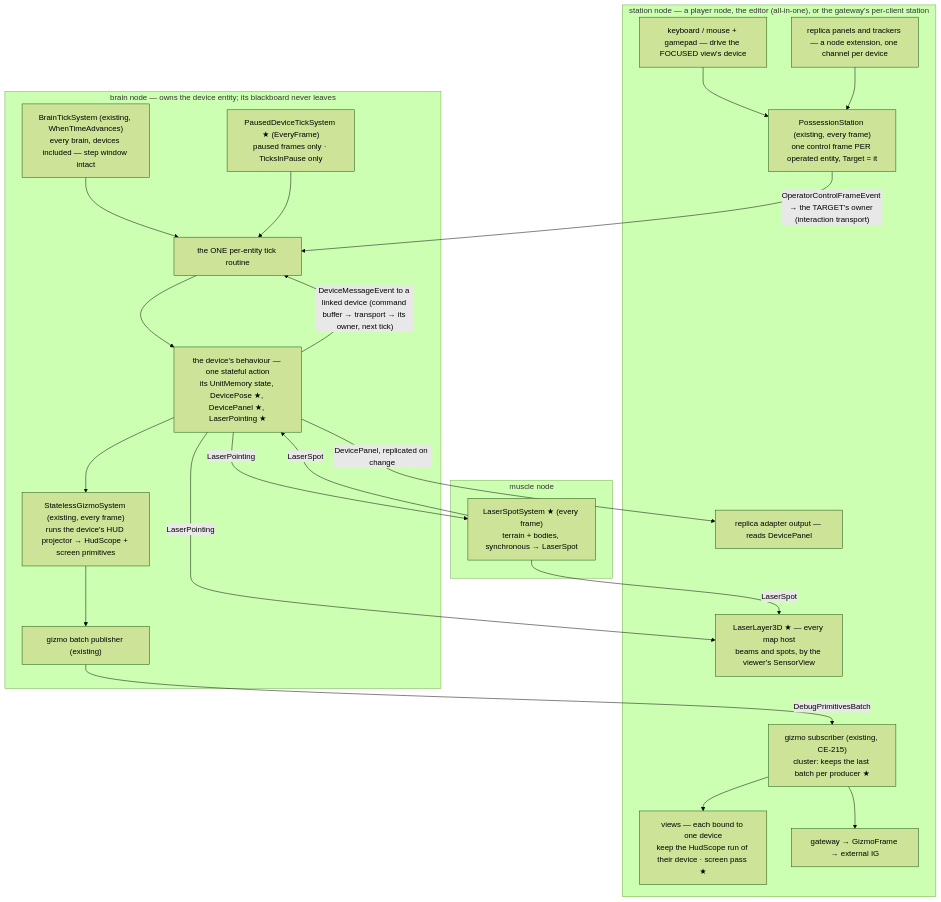
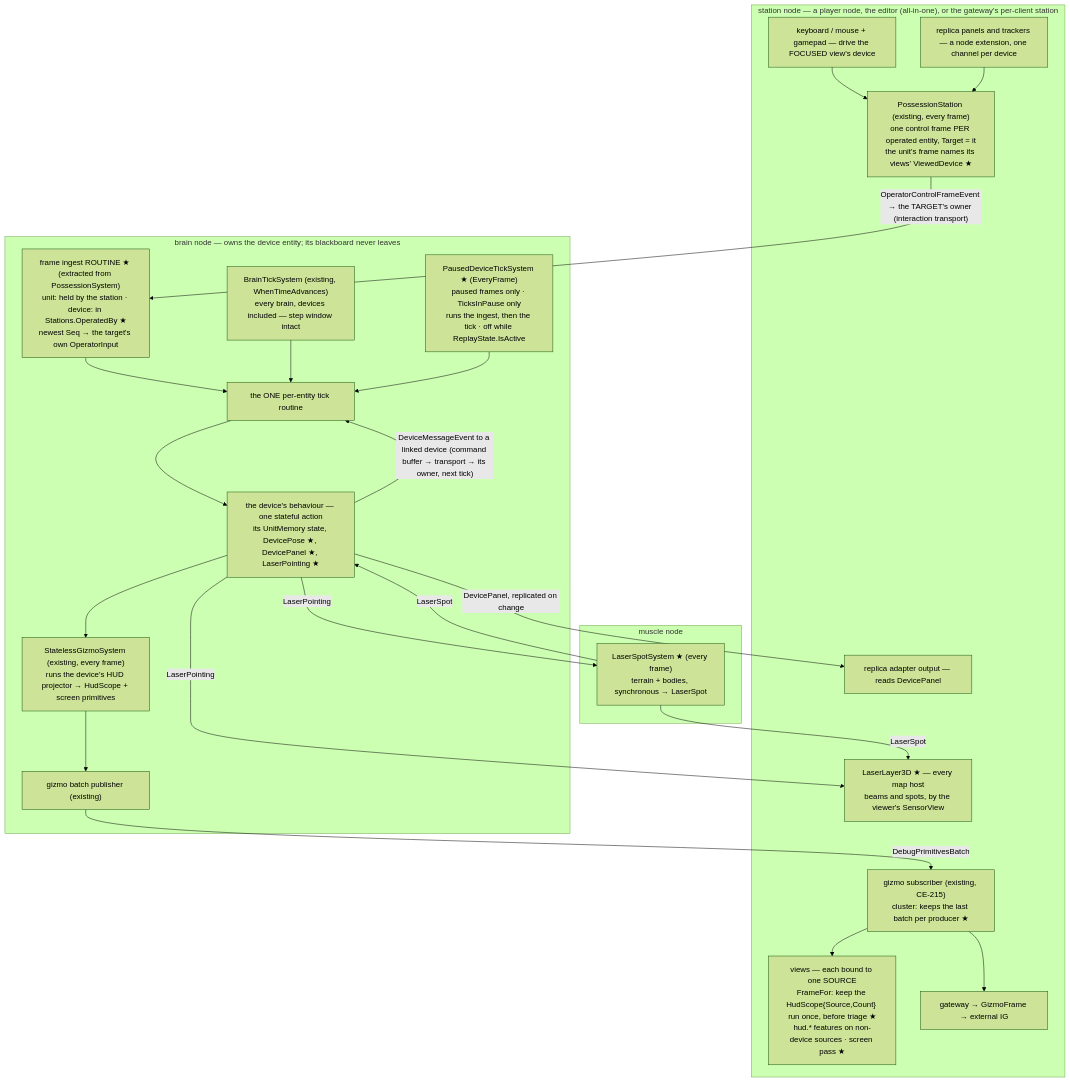
One commit to pjanec/HROT changed the first of 9 diagrams in docs/designs/devices/DESIGN_Simulated_Devices.md. Above: the diagram before and after it, drawn with Mermaid (forest theme). The commit also changed other lines of this file and 7 other files, not shown here.

````diff
--- a/docs/designs/devices/DESIGN_Simulated_Devices.md
+++ b/docs/designs/devices/DESIGN_Simulated_Devices.md
@@ -79,41 +79,43 @@
 ```mermaid
 graph TD
   subgraph STATION["station node — a player node, the editor (all-in-one), or the gateway's per-client station"]
     KM["keyboard / mouse + gamepad — drive the FOCUSED view's device"]
     REP["replica panels and trackers — a node extension, one channel per device"]
-    PS["PossessionStation (existing, every frame)<br/>one control frame PER operated entity, Target = it"]
+    PS["PossessionStation (existing, every frame)<br/>one control frame PER operated entity, Target = it<br/>the unit's frame names its views' ViewedDevice ★"]
     SUB["gizmo subscriber (existing, CE-215)<br/>cluster: keeps the last batch per producer ★"]
-    VIEW["views — each bound to one device<br/>keep the HudScope run of their device · screen pass ★"]
+    VIEW["views — each bound to one SOURCE<br/>FrameFor: keep the HudScope{Source,Count} run once, before triage ★<br/>hud.* features on non-device sources · screen pass ★"]
     LL["LaserLayer3D ★ — every map host<br/>beams and spots, by the viewer's SensorView"]
     RA["replica adapter output — reads DevicePanel"]
     GW["gateway → GizmoFrame → external IG"]
   end
   subgraph BRAIN["brain node — owns the device entity; its blackboard never leaves"]
+    ING["frame ingest ROUTINE ★ (extracted from PossessionSystem)<br/>unit: held by the station · device: in Stations.OperatedBy ★<br/>newest Seq → the target's own OperatorInput"]
     BTS["BrainTickSystem (existing, WhenTimeAdvances)<br/>every brain, devices included — step window intact"]
-    PDT["PausedDeviceTickSystem ★ (EveryFrame)<br/>paused frames only · TicksInPause only"]
+    PDT["PausedDeviceTickSystem ★ (EveryFrame)<br/>paused frames only · TicksInPause only<br/>runs the ingest, then the tick · off while ReplayState.IsActive"]
     RT["the ONE per-entity tick routine"]
     DB["the device's behaviour — one stateful action<br/>its UnitMemory state, DevicePose ★, DevicePanel ★, LaserPointing ★"]
     SGS["StatelessGizmoSystem (existing, every frame)<br/>runs the device's HUD projector → HudScope + screen primitives"]
     PUB["gizmo batch publisher (existing)"]
   end
   subgraph MUSCLE["muscle node"]
     LSS["LaserSpotSystem ★ (every frame)<br/>terrain + bodies, synchronous → LaserSpot"]
   end
   KM --> PS
   REP --> PS
-  PS -->|"OperatorControlFrameEvent → the TARGET's owner (interaction transport)"| RT
+  PS -->|"OperatorControlFrameEvent → the TARGET's owner (interaction transport)"| ING
+  ING --> RT
   BTS --> RT
   PDT --> RT
   RT --> DB
   DB -->|"DeviceMessageEvent to a linked device (command buffer → transport → its owner, next tick)"| RT
   DB --> SGS
   SGS --> PUB
   PUB -->|"DebugPrimitivesBatch"| SUB
   SUB --> VIEW
   SUB --> GW
   DB -->|"DevicePanel, replicated on change"| RA
   DB -->|"LaserPointing"| LSS
   LSS -->|"LaserSpot"| LL
   LSS -->|"LaserSpot"| DB
   DB -->|"LaserPointing"| LL
 ```
````
